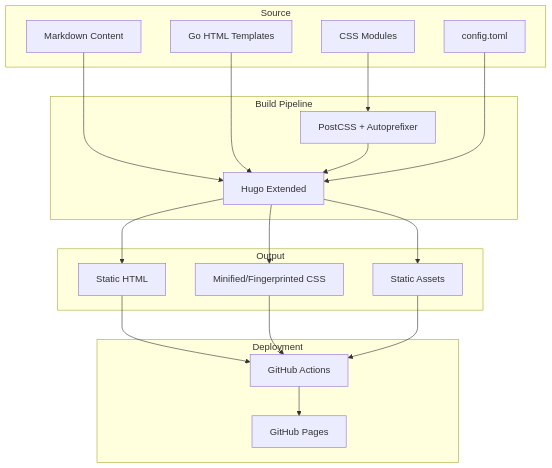
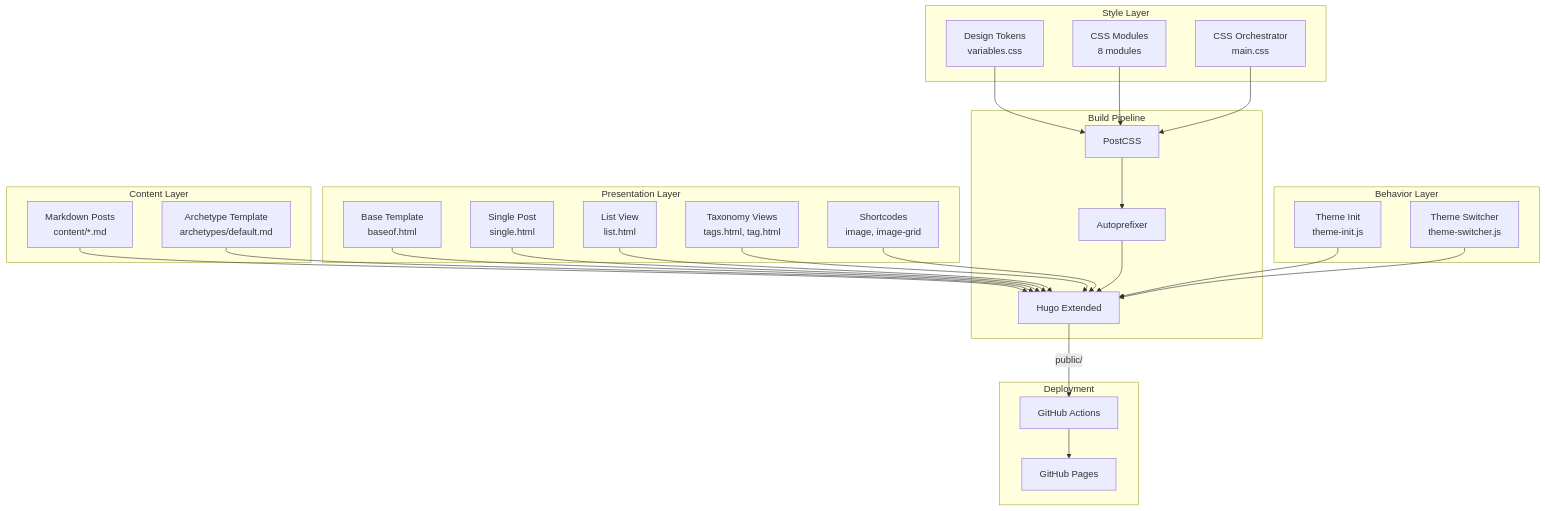
One commit to citosid/citosid.github.io changed the first of 3 diagrams in .sop/summary/architecture.md. Above: the diagram before and after it, drawn with Mermaid. The commit also changed other lines of this file and 9 other files, not shown here.

````diff
--- a/.sop/summary/architecture.md
+++ b/.sop/summary/architecture.md
@@ -8,36 +9,57 @@
 ```mermaid
 graph TB
-    subgraph "Source"
-        MD[Markdown Content]
-        TPL[Go HTML Templates]
-        CSS[CSS Modules]
-        TOML[config.toml]
+    subgraph "Content Layer"
+        MD[Markdown Posts<br/>content/*.md]
+        ARCH[Archetype Template<br/>archetypes/default.md]
     end
-
+    
+    subgraph "Presentation Layer"
+        BASE[Base Template<br/>baseof.html]
+        SINGLE[Single Post<br/>single.html]
+        LIST[List View<br/>list.html]
+        TAX[Taxonomy Views<br/>tags.html, tag.html]
+        SHORT[Shortcodes<br/>image, image-grid]
+    end
+    
+    subgraph "Style Layer"
+        VAR[Design Tokens<br/>variables.css]
+        CSS[CSS Modules<br/>8 modules]
+        MAIN[CSS Orchestrator<br/>main.css]
+    end
+    
+    subgraph "Behavior Layer"
+        INIT[Theme Init<br/>theme-init.js]
+        SWITCH[Theme Switcher<br/>theme-switcher.js]
+    end
+    
     subgraph "Build Pipeline"
         HUGO[Hugo Extended]
-        POSTCSS[PostCSS + Autoprefixer]
+        POST[PostCSS]
+        AUTO[Autoprefixer]
     end
-
-    subgraph "Output"
-        HTML[Static HTML]
-        CSSOUT[Minified/Fingerprinted CSS]
-        ASSETS[Static Assets]
-    end
-
+    
     subgraph "Deployment"
         GHA[GitHub Actions]
         GHP[GitHub Pages]
     end
-
+    
     MD --> HUGO
-    TPL --> HUGO
-    CSS --> POSTCSS --> HUGO
-    TOML --> HUGO
-    HUGO --> HTML
-    HUGO --> CSSOUT
-    HUGO --> ASSETS
-    HTML --> GHA --> GHP
-    CSSOUT --> GHA
-    ASSETS --> GHA
+    ARCH --> HUGO
+    BASE --> HUGO
+    SINGLE --> HUGO
+    LIST --> HUGO
+    TAX --> HUGO
+    SHORT --> HUGO
+    
+    VAR --> POST
+    CSS --> POST
+    MAIN --> POST
+    POST --> AUTO
+    AUTO --> HUGO
+    
+    INIT --> HUGO
+    SWITCH --> HUGO
+    
+    HUGO --> |public/| GHA
+    GHA --> GHP
 ```
````
